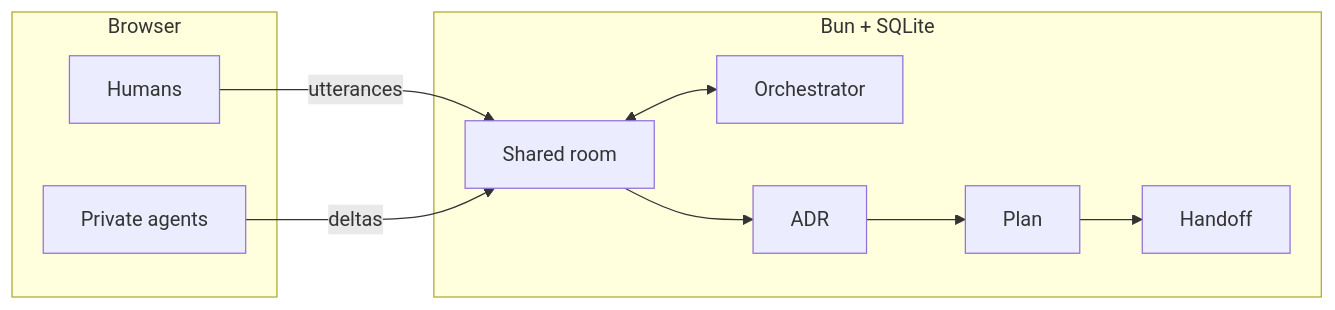
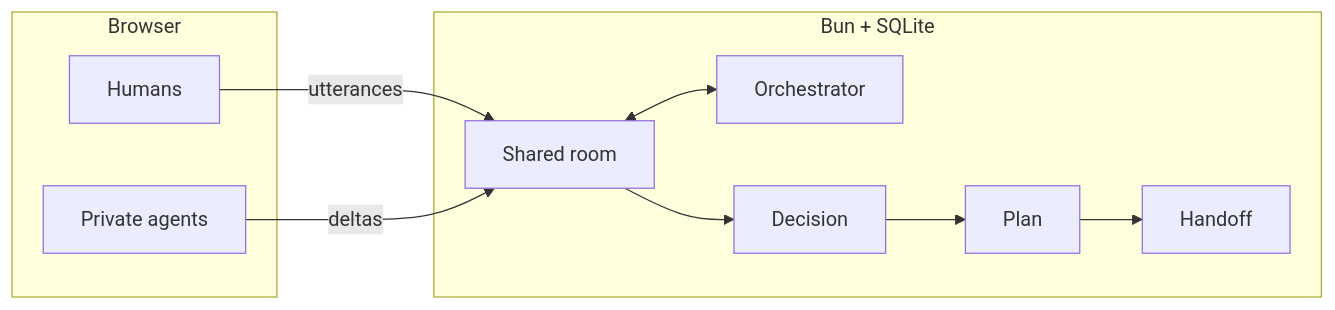
Before and after one commit to JubustLabs/codex-hackathon-26-vienna: the diagram in slides/slides.md, drawn with Mermaid. The commit also changed other lines of this file and 2 other files, not shown here.

````diff
--- a/slides/slides.md
+++ b/slides/slides.md
@@ -230,18 +230,18 @@
 ```mermaid {scale: 0.55}
 flowchart LR
   subgraph client[Browser]
     H[Humans]
     A[Private agents]
   end
   subgraph server[Bun + SQLite]
     R[Shared room]
     O[Orchestrator]
-    ADR[ADR]
+    ADR[Decision]
     PL[Plan]
     HO[Handoff]
   end
   H -->|utterances| R
   A -->|deltas| R
   R <--> O
   R --> ADR --> PL --> HO
 ```
````
